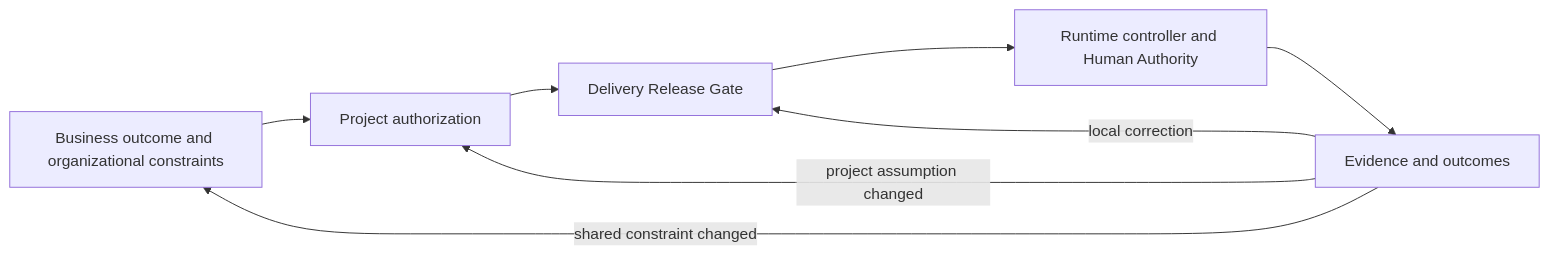
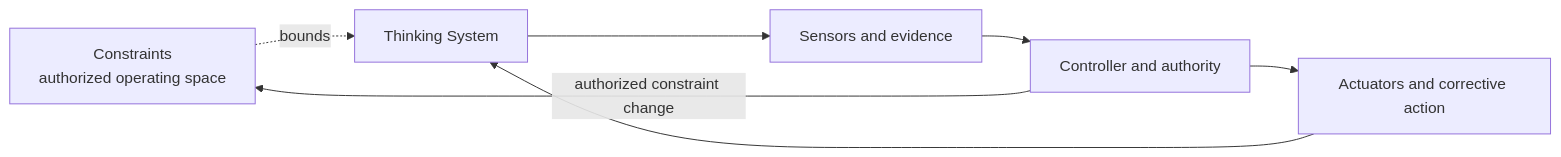
Before and after one commit to UncertaintyArchitectureGroup/uncertainty-architecture: the third of 3 diagrams in 00-doctrine/nested-control-lifecycle.md, drawn with Mermaid. The commit also changed other lines of this file, not shown here.

Commit message:
docs: define constraint inheritance across control levels

````diff
--- a/00-doctrine/nested-control-lifecycle.md
+++ b/00-doctrine/nested-control-lifecycle.md
@@ -184,16 +237,12 @@
 ```mermaid
 flowchart LR
-    B[Business outcome and organizational constraints]
-    P[Project authorization]
-    D[Delivery Release Gate]
-    R[Runtime controller and Human Authority]
-    E[Evidence and outcomes]
+    K[Constraints<br/>authorized operating space]
+    P[Thinking System]
+    S[Sensors and evidence]
+    C[Controller and authority]
+    A[Actuators and corrective action]
 
-    B --> P
-    P --> D
-    D --> R
-    R --> E
-    E -->|local correction| D
-    E -->|project assumption changed| P
-    E -->|shared constraint changed| B
+    K -. bounds .-> P
+    P --> S --> C --> A --> P
+    C -->|authorized constraint change| K
 ```
````
